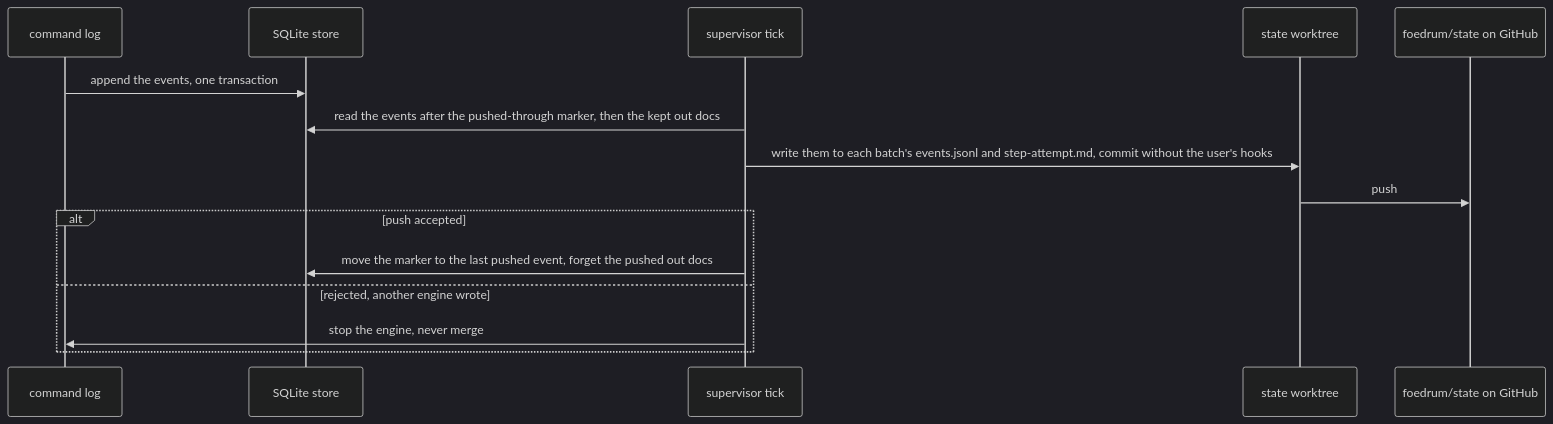
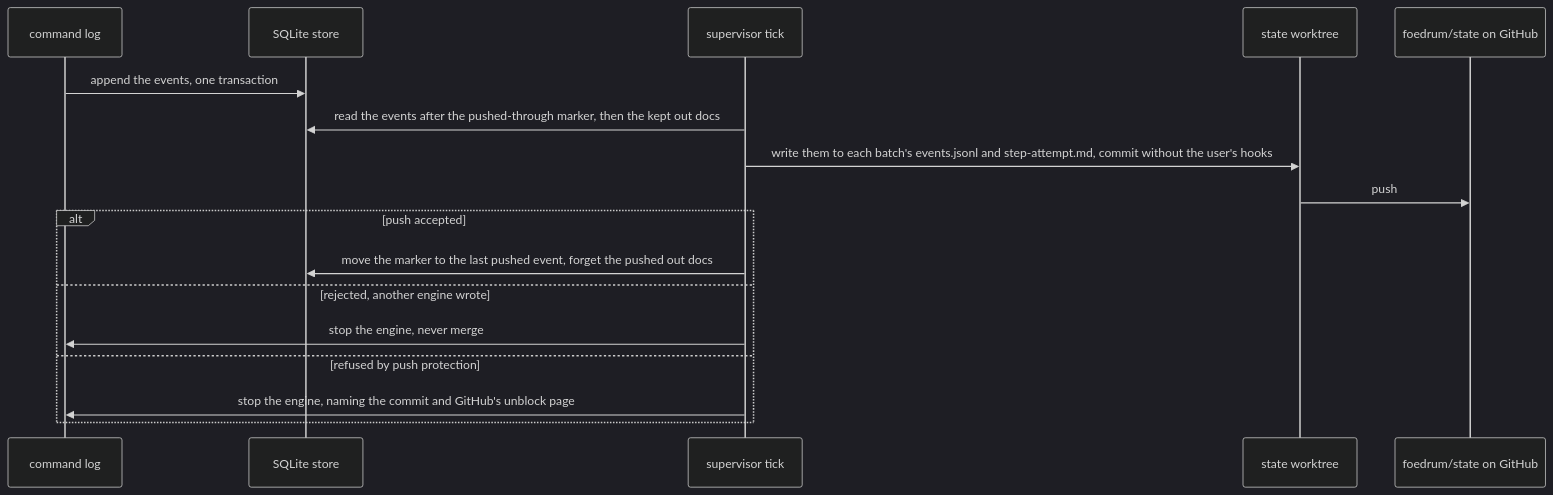
The diagram in docs/design/engine/state-branch.md (EdwinBekaert/foedrum), drawn with Mermaid (dark theme) before and after one commit. The commit also changed other lines of this file and 3 other files, not shown here.

Commit message:
Record ADR 0378: out doc lines that look like secrets stay off the state branch, and a push refused for one stops the engine

````diff
--- a/docs/design/engine/state-branch.md
+++ b/docs/design/engine/state-branch.md
@@ -6,17 +6,19 @@
 ```mermaid
 sequenceDiagram
   participant C as command log
   participant S as SQLite store
   participant T as supervisor tick
   participant W as state worktree
   participant R as foedrum/state on GitHub
   C->>S: append the events, one transaction
   T->>S: read the events after the pushed-through marker, then the kept out docs
   T->>W: write them to each batch's events.jsonl and step-attempt.md, commit without the user's hooks
   W->>R: push
   alt push accepted
     T->>S: move the marker to the last pushed event, forget the pushed out docs
   else rejected, another engine wrote
     T->>C: stop the engine, never merge
+  else refused by push protection
+    T->>C: stop the engine, naming the commit and GitHub's unblock page
   end
 ```
````
